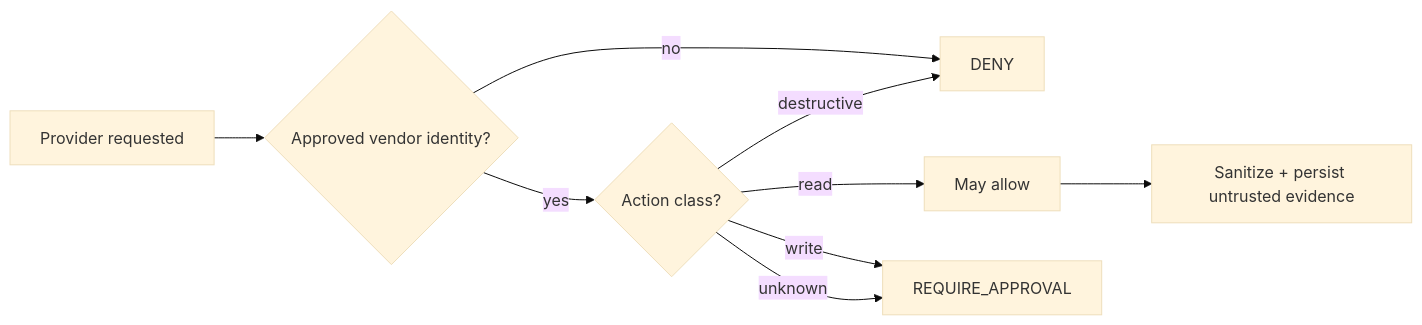
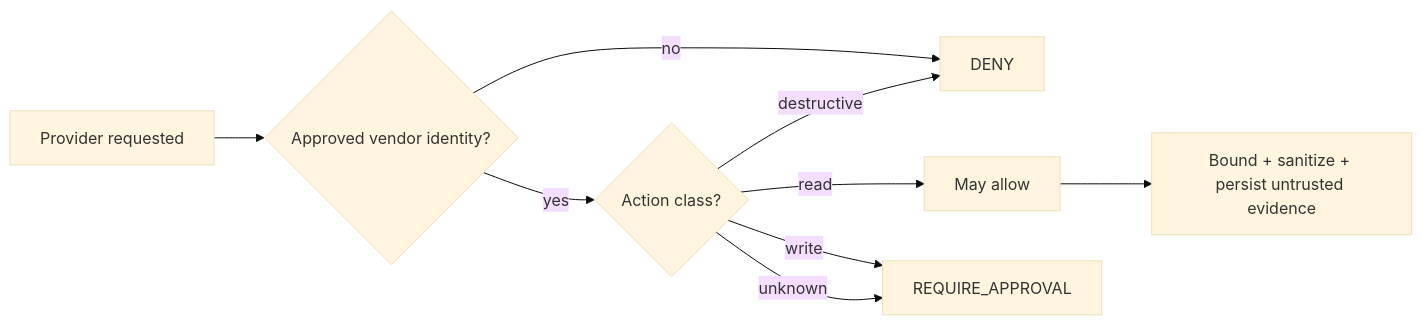
One commit to portyu9/ai-qa-automation changed the diagram in docs/MCP.md. Above: the diagram before and after it, drawn with Mermaid (base theme). The commit also changed other lines of this file and 4 other files, not shown here.

````diff
--- a/docs/MCP.md
+++ b/docs/MCP.md
@@ -19,14 +19,14 @@
 ```mermaid
 flowchart LR
     accTitle: External MCP provider identity and action authorization remain independent gates
-    accDescr: A requested provider must first match an approved vendor identity. Approved providers then pass through deterministic action classification, where reads may be allowed, writes require approval, destructive actions are denied, and only successful reads produce sanitized untrusted evidence.
+    accDescr: A requested provider must first match an approved vendor identity. Approved providers then pass through deterministic action classification, where reads may be allowed, writes require approval, destructive actions are denied, and only bounded successful reads produce sanitized untrusted evidence.
 
     A[Provider requested] --> B{Approved vendor identity?}
     B -->|no| X[DENY]
     B -->|yes| C{Action class?}
     C -->|read| D[May allow]
     C -->|write| E[REQUIRE_APPROVAL]
     C -->|destructive| X
     C -->|unknown| E
-    D --> F[Sanitize + persist untrusted evidence]
+    D --> F[Bound + sanitize + persist untrusted evidence]
 ```
````
